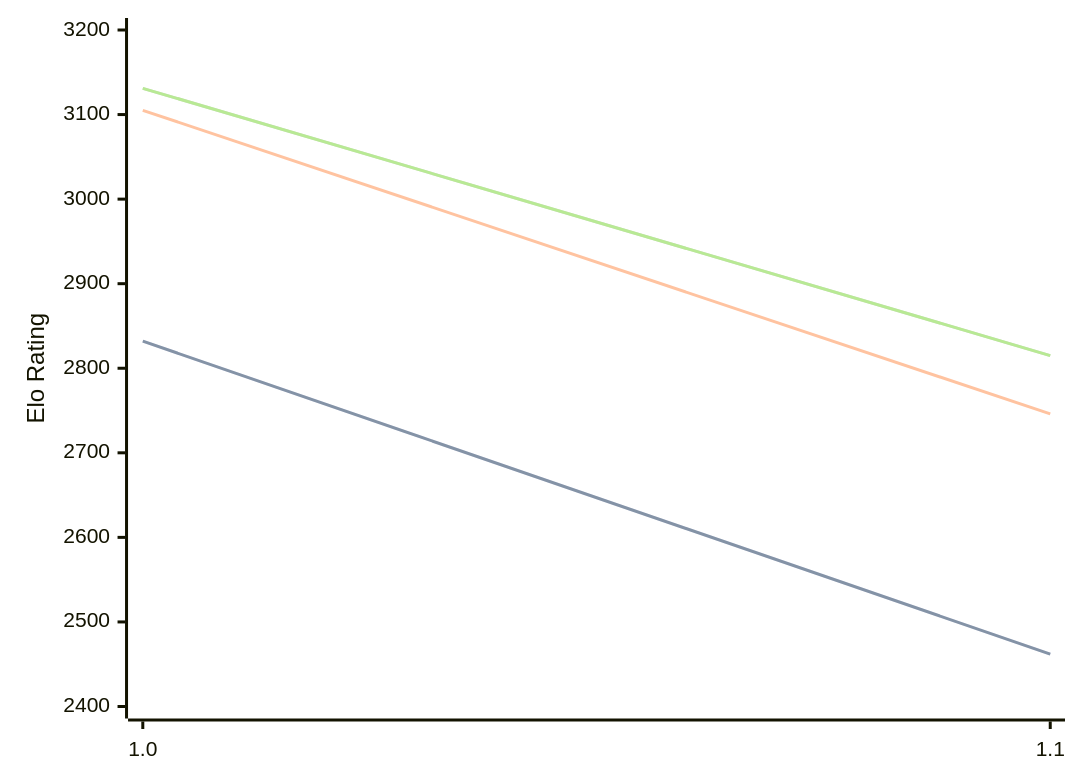
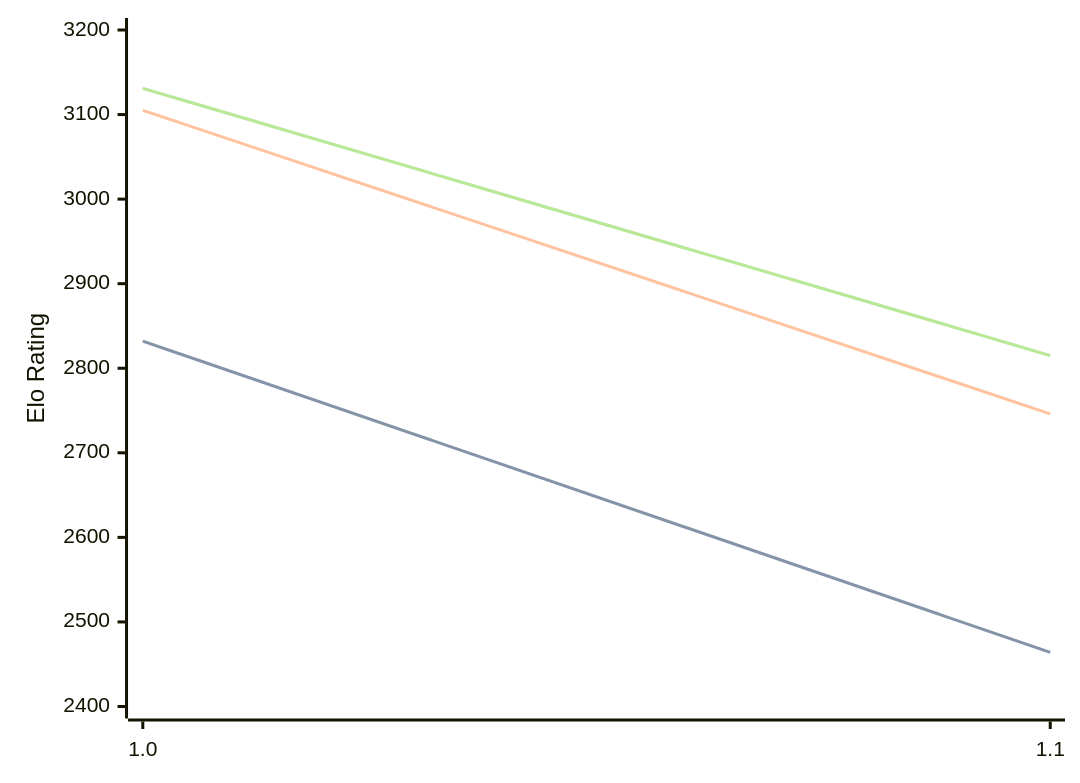
Before and after one commit to computer-chess-index/cci: the diagram in engines/Publius.md, drawn with Mermaid. The commit also changed other lines of this file, not shown here.

````diff
--- a/engines/Publius.md
+++ b/engines/Publius.md
@@ -32,11 +32,11 @@
 ```mermaid
 %%{init: {"theme":"base","themeVariables":{"seriesColors:['#a3a3a3','#222221','#faa371']}}}%%
 xychart-beta
   x-axis ["1.0", "1.1"]
   y-axis "Elo Rating" 2400 --> 3200
-  line "STC (8.0+0.08s)" [2832, 2462]
-  line "STC (8.0+0.08s)" [2832, 2462]
+  line "STC (8.0+0.08s)" [2832, 2464]
+  line "STC (8.0+0.08s)" [2832, 2464]
   line "LTC (60.0+0.60s)" [3105, 2746]
   line "VLTC (2m24s+1.12s)" [3131, 2815]
   line "VLTC (2m24s+1.12s)" [3131, 2815]
 ```
````
